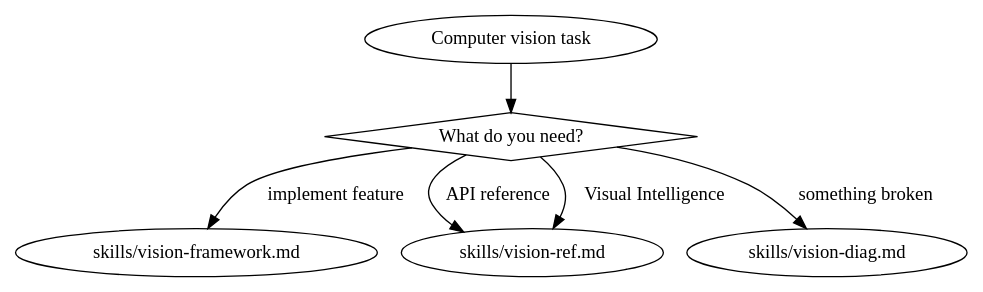
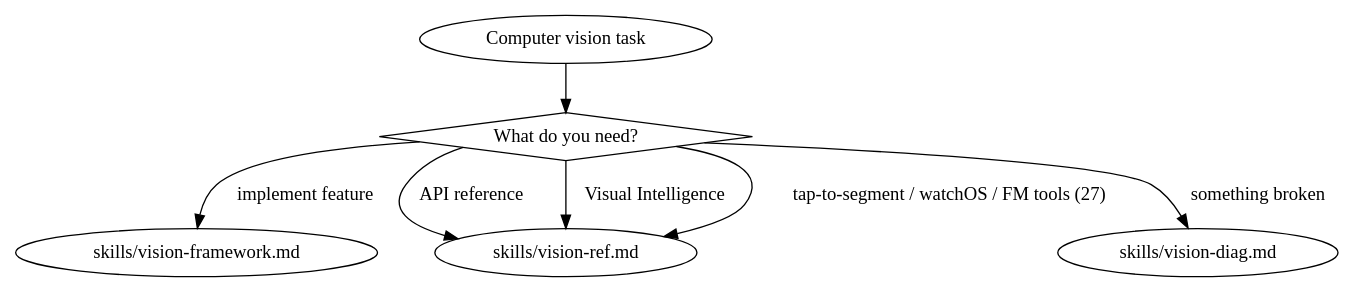
Before and after one commit to CharlesWiltgen/Axiom: the diagram in .claude-plugin/plugins/axiom/skills/axiom-vision/SKILL.md, drawn with Graphviz. The commit also changed other lines of this file and 3 other files, not shown here.

Commit message:
feat(skills): OS27 vision — watchOS support, tap-to-segment, Visual Intelligence on Mac/iPad

````diff
--- a/.claude-plugin/plugins/axiom/skills/axiom-vision/SKILL.md
+++ b/.claude-plugin/plugins/axiom/skills/axiom-vision/SKILL.md
@@ -37,12 +40,13 @@
 ```dot
 digraph vision {
     start [label="Computer vision task" shape=ellipse];
     what [label="What do you need?" shape=diamond];
 
     start -> what;
     what -> "skills/vision-framework.md" [label="implement feature"];
     what -> "skills/vision-ref.md" [label="API reference"];
     what -> "skills/vision-ref.md" [label="Visual Intelligence"];
+    what -> "skills/vision-ref.md" [label="tap-to-segment / watchOS / FM tools (27)"];
     what -> "skills/vision-diag.md" [label="something broken"];
 }
 ```
````
